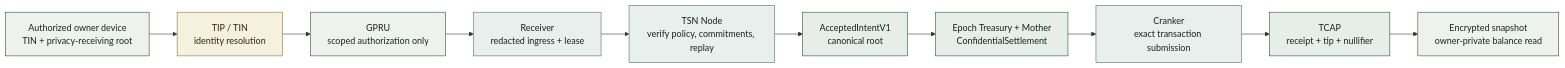
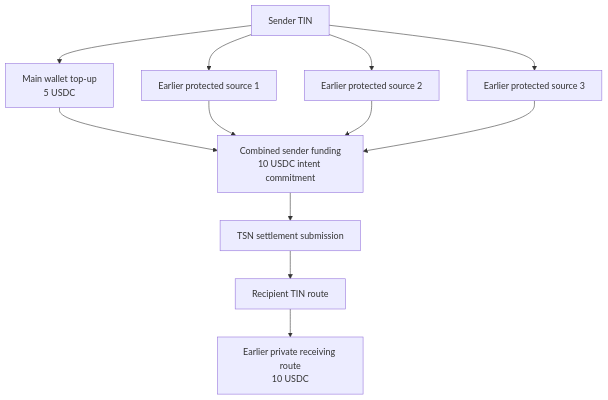
Before and after one commit to bigdreamsweb3/trustlink-pay: the second of 2 diagrams in README.md, drawn with Mermaid. The commit also changed other lines of this file, not shown here.

Commit message:
docs: restore detailed TSN transaction map and evidence

````diff
--- a/README.md
+++ b/README.md
@@ -39,25 +206,22 @@
 ```mermaid
-flowchart LR
-    A["Authorized owner device<br/>TIN + privacy-receiving root"]
-    B["TIP / TIN<br/>identity resolution"]
-    C["GPRU<br/>scoped authorization only"]
-    D["Receiver<br/>redacted ingress + lease"]
-    E["TSN Node<br/>verify policy, commitments, replay"]
-    F["AcceptedIntentV1<br/>canonical root"]
-    G["Epoch Treasury + Mother<br/>ConfidentialSettlement"]
-    H["Cranker<br/>exact transaction submission"]
-    I["TCAP<br/>receipt + tip + nullifier"]
-    J["Encrypted snapshot<br/>owner-private balance read"]
+flowchart TD
+    A["Sender TIN"]
+    B["Main wallet top-up<br/>5 USDC"]
+    C["Earlier protected source 1"]
+    D["Earlier protected source 2"]
+    E["Earlier protected source 3"]
+    F["Combined sender funding<br/>10 USDC intent commitment"]
+    G["TSN settlement submission"]
+    H["Recipient TIN route"]
+    I["Earlier private receiving route<br/>10 USDC"]
 
-    A --> B --> C --> D --> E --> F --> G --> H --> I --> J
-
-    classDef device fill:#edf3ec,stroke:#284c36,color:#17251b;
-    classDef identity fill:#f6f0df,stroke:#8b7131,color:#30240d;
-    classDef service fill:#e9efed,stroke:#4e6e60,color:#14241c;
-    classDef chain fill:#e7eee9,stroke:#1f5038,color:#10251a;
-    classDef private fill:#fbf6e9,stroke:#8b7131,color:#30240d;
-    class A,C,J device;
-    class B identity;
-    class D,E,H service;
-    class F,G,I chain;
+    A --> B
+    A --> C
+    A --> D
+    A --> E
+    B --> F
+    C --> F
+    D --> F
+    E --> F
+    F --> G --> H --> I
 ```
````
